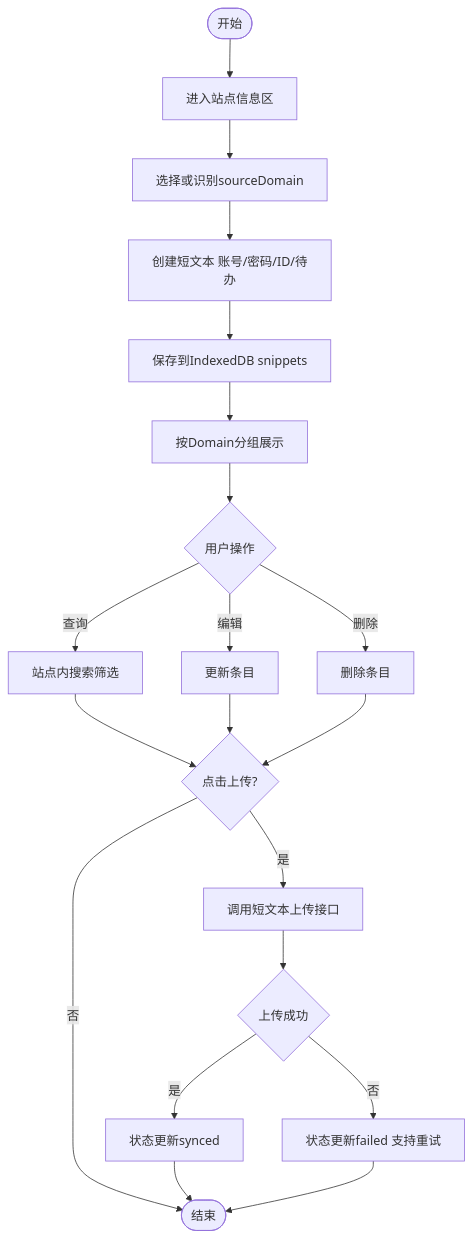
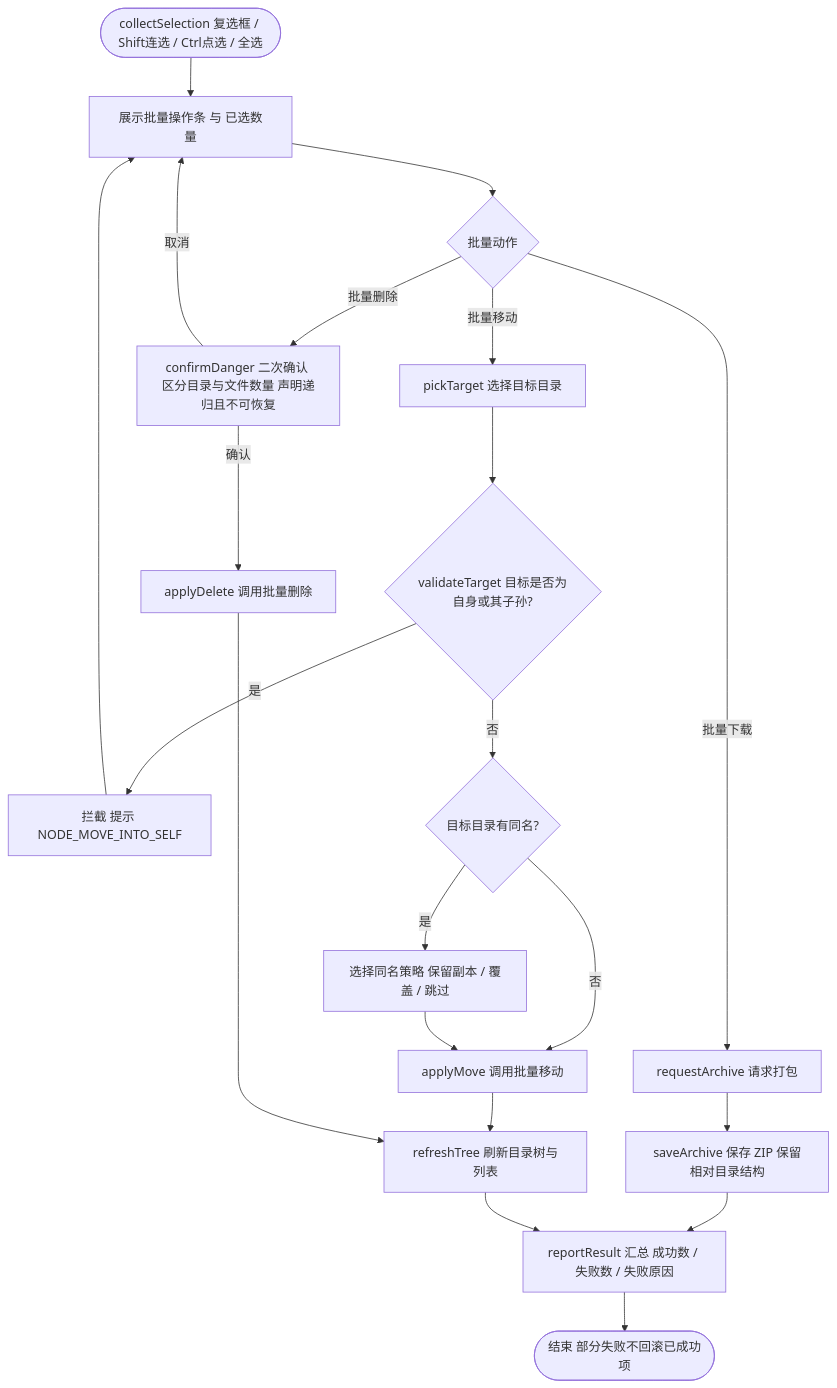
Before and after one commit to a327921510/my-notes: the fourth of 7 diagrams in docs/用户流程图.md, drawn with Mermaid. The commit also changed other lines of this file and 3 other files, not shown here.

````diff
--- a/docs/用户流程图.md
+++ b/docs/用户流程图.md
@@ -80,22 +111,27 @@
 ```mermaid
 flowchart TD
-  A([开始]) --> B[进入站点信息区]
-  B --> C[选择或识别sourceDomain]
-  C --> D[创建短文本 账号/密码/ID/待办]
-  D --> E[保存到IndexedDB snippets]
-  E --> F[按Domain分组展示]
-  F --> G{用户操作}
-  G -->|查询| H[站点内搜索筛选]
-  G -->|编辑| I[更新条目]
-  G -->|删除| J[删除条目]
-  H --> K{点击上传?}
-  I --> K
-  J --> K
-  K -->|否| L([结束])
-  K -->|是| M[调用短文本上传接口]
-  M --> N{上传成功}
-  N -->|是| O[状态更新synced]
-  N -->|否| P[状态更新failed 支持重试]
-  O --> L
-  P --> L
+  A([collectSelection 复选框 / Shift连选 / Ctrl点选 / 全选]) --> B[展示批量操作条 与 已选数量]
+  B --> C{批量动作}
+
+  C -->|批量移动| D[pickTarget 选择目标目录]
+  D --> E{validateTarget 目标是否为自身或其子孙?}
+  E -->|是| F[拦截 提示 NODE_MOVE_INTO_SELF]
+  F --> B
+  E -->|否| G{目标目录有同名?}
+  G -->|是| H[选择同名策略 保留副本 / 覆盖 / 跳过]
+  G -->|否| I[applyMove 调用批量移动]
+  H --> I
+  I --> J[refreshTree 刷新目录树与列表]
+
+  C -->|批量删除| K[confirmDanger 二次确认 区分目录与文件数量 声明递归且不可恢复]
+  K -->|取消| B
+  K -->|确认| L[applyDelete 调用批量删除]
+  L --> J
+
+  C -->|批量下载| M[requestArchive 请求打包]
+  M --> N[saveArchive 保存 ZIP 保留相对目录结构]
+  N --> O
+
+  J --> O[reportResult 汇总 成功数 / 失败数 / 失败原因]
+  O --> P([结束 部分失败不回滚已成功项])
 ```
````
